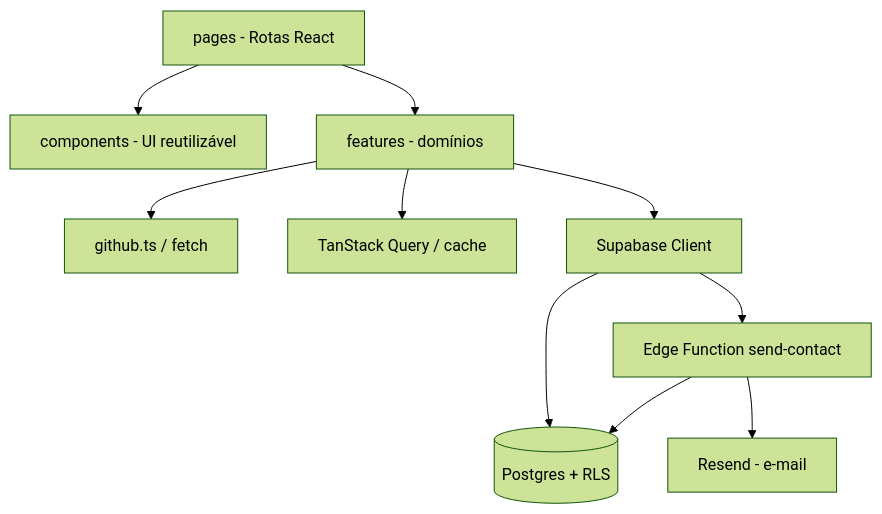
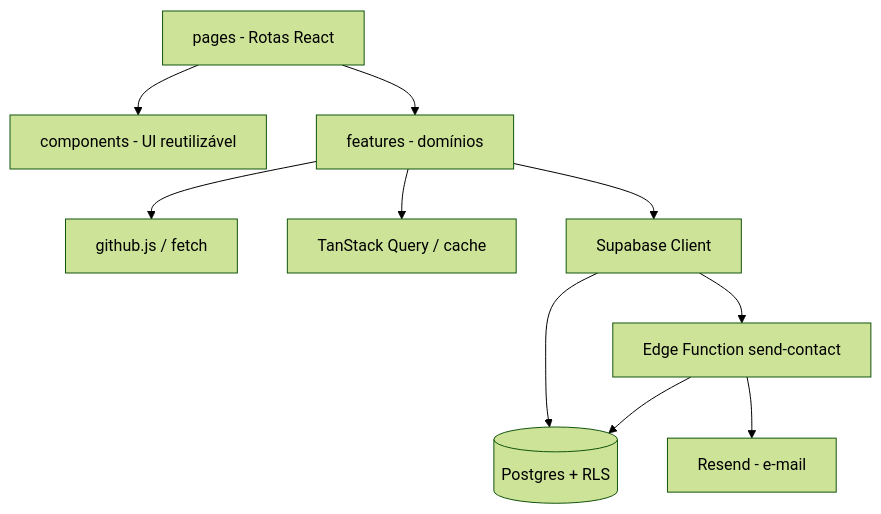
One commit to VictorGodoy06/cp6-web-dev changed the first of 4 diagrams in docs/FLUXOS.md. Above: the diagram before and after it, drawn with Mermaid (forest theme). The commit also changed 90 other files, not shown here.

````diff
--- a/docs/FLUXOS.md
+++ b/docs/FLUXOS.md
@@ -5,12 +5,12 @@
 ```mermaid
 flowchart TB
     P[pages - Rotas React] --> C[components - UI reutilizável]
     P --> F[features - domínios]
-    F --> GH[github.ts / fetch]
+    F --> GH[github.js / fetch]
     F --> Q[TanStack Query / cache]
     F --> SB[Supabase Client]
     SB --> DB[(Postgres + RLS)]
     SB --> EF[Edge Function send-contact]
     EF --> DB
     EF --> RE[Resend - e-mail]
 ```
````
